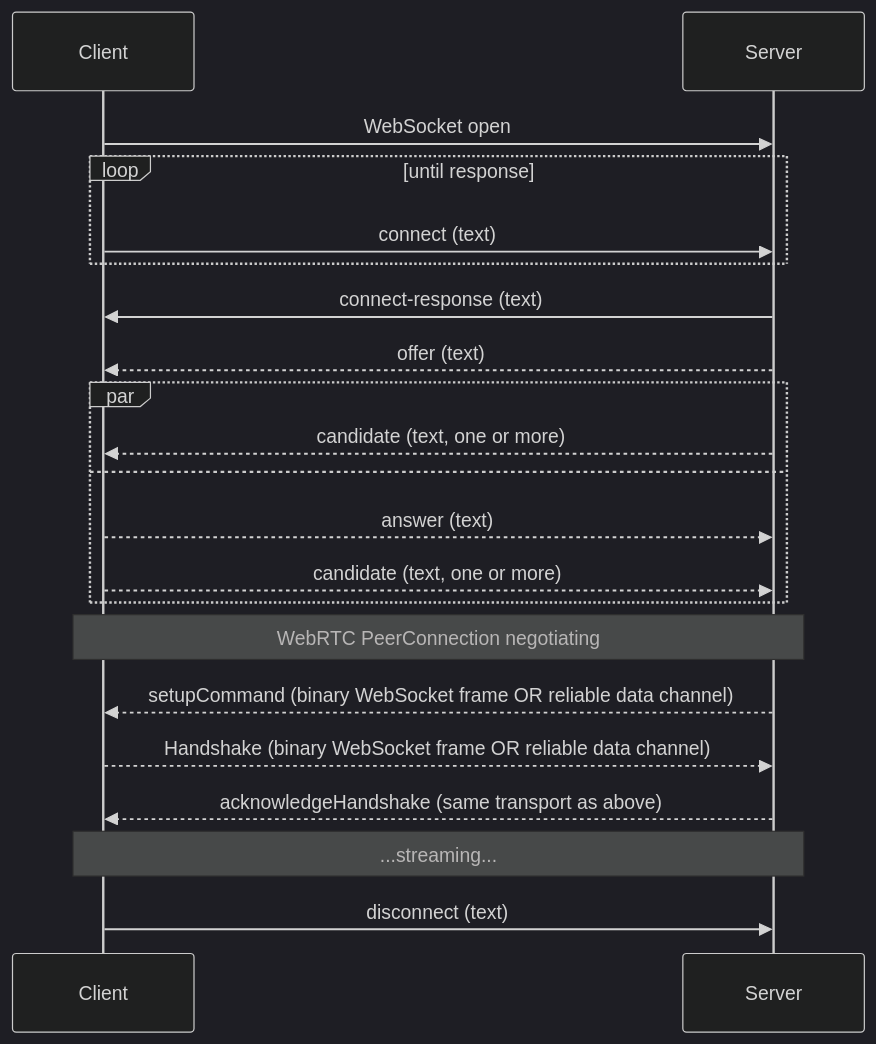
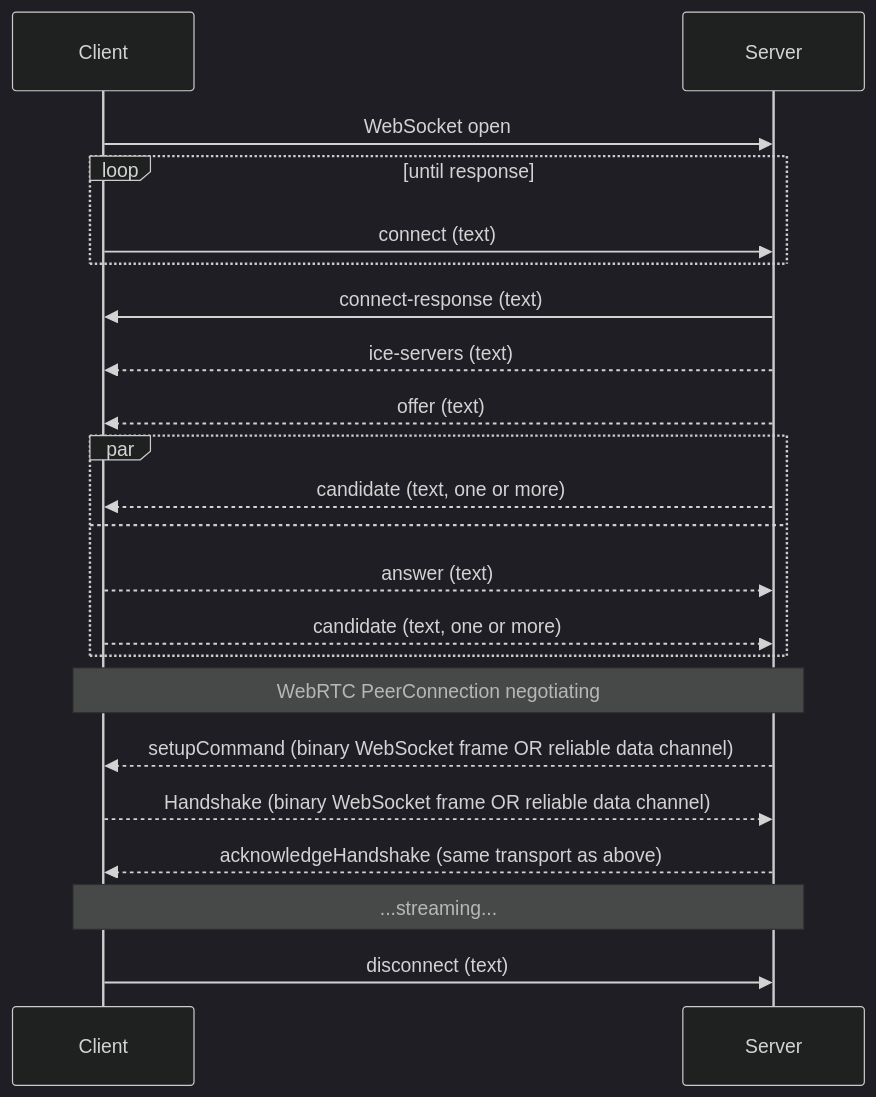
One commit to teleportxr/Teleport changed the first of 3 diagrams in docs/protocol/signaling.rst. Above: the diagram before and after it, drawn with Mermaid (dark theme). The commit also changed other lines of this file and 74 other files, not shown here.

```diff
--- a/docs/protocol/signaling.rst
+++ b/docs/protocol/signaling.rst
@@ -23,23 +23,24 @@
 .. mermaid::
 
     sequenceDiagram
         participant C as Client
         participant S as Server
         C->>S: WebSocket open
         loop until response
             C->>S: connect (text)
         end
         S->>C: connect-response (text)
+        S-->>C: ice-servers (text)
         S-->>C: offer (text)
         par
             S-->>C: candidate (text, one or more)
         and
             C-->>S: answer (text)
             C-->>S: candidate (text, one or more)
         end
         Note over C,S: WebRTC PeerConnection negotiating
         S-->>C: setupCommand (binary WebSocket frame OR reliable data channel)
         C-->>S: Handshake (binary WebSocket frame OR reliable data channel)
         S-->>C: acknowledgeHandshake (same transport as above)
         Note over C,S: ...streaming...
         C->>S: disconnect (text)
```
